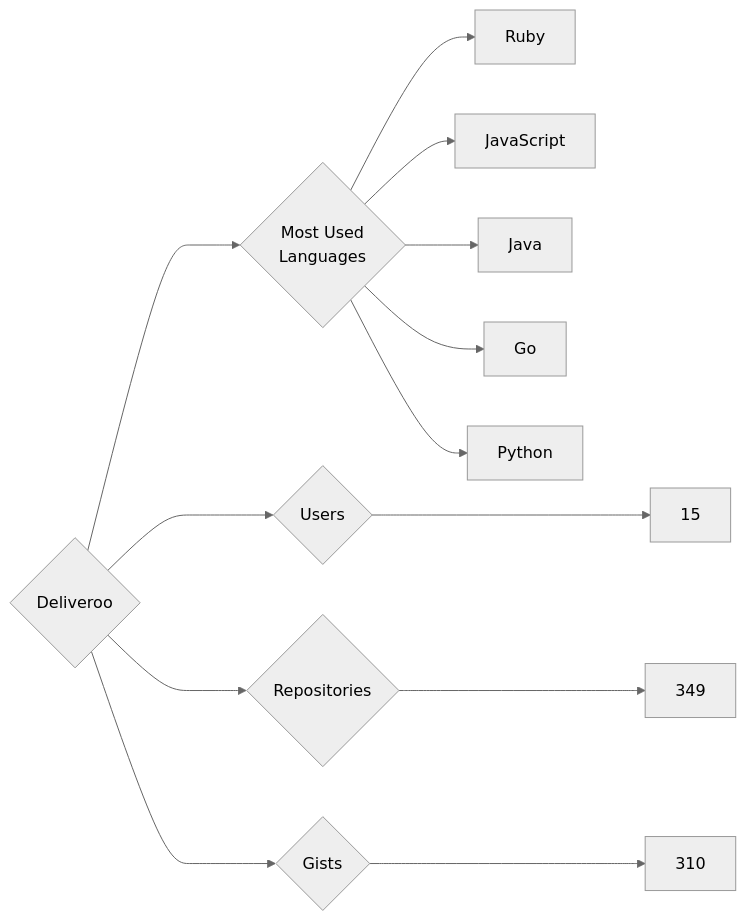
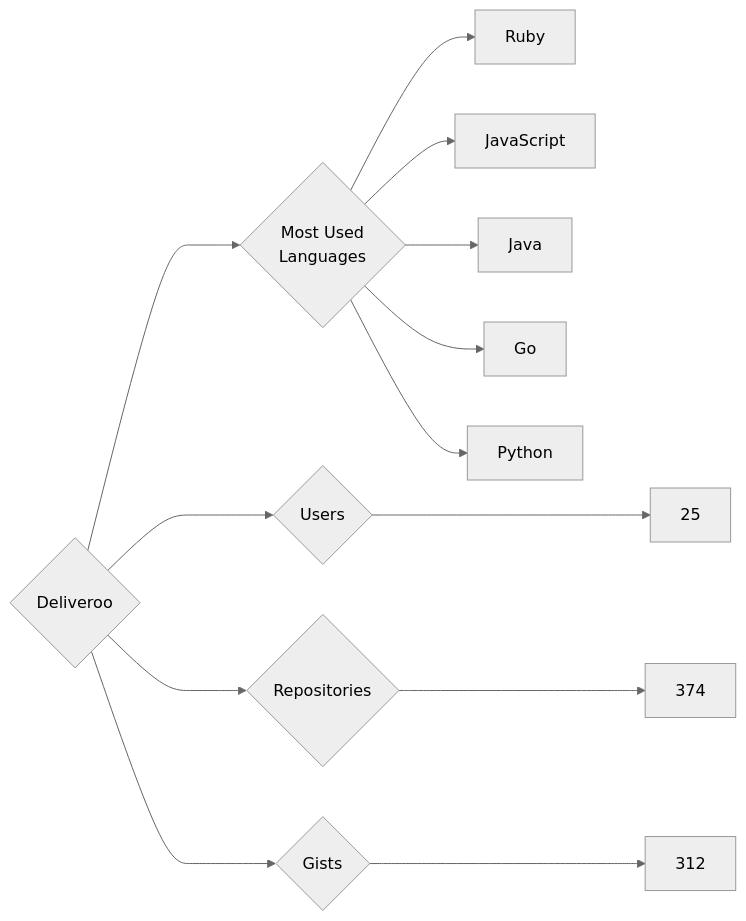
One commit to trickest/insiders changed the diagram in targets/Deliveroo/README.md. Above: the diagram before and after it, drawn with Mermaid (neutral theme). The commit also changed 636 other files, not shown here.

````diff
--- a/targets/Deliveroo/README.md
+++ b/targets/Deliveroo/README.md
@@ -3,13 +3,13 @@
 ```mermaid
 graph LR
 COMPANY_NAME{Deliveroo}
-COMPANY_NAME ---> U{Users} ---> UN[15]
-COMPANY_NAME ---> R{Repositories} ---> RN[349]
-COMPANY_NAME ---> G{Gists} ---> GN[310]
+COMPANY_NAME ---> U{Users} ---> UN[25]
+COMPANY_NAME ---> R{Repositories} ---> RN[374]
+COMPANY_NAME ---> G{Gists} ---> GN[312]
 COMPANY_NAME ---> ML{Most Used<br>Languages}
 ML --> Ruby[Ruby]
 ML --> JavaScript[JavaScript]
 ML --> Java[Java]
 ML --> Go[Go]
 ML --> Python[Python]
 ```
````
